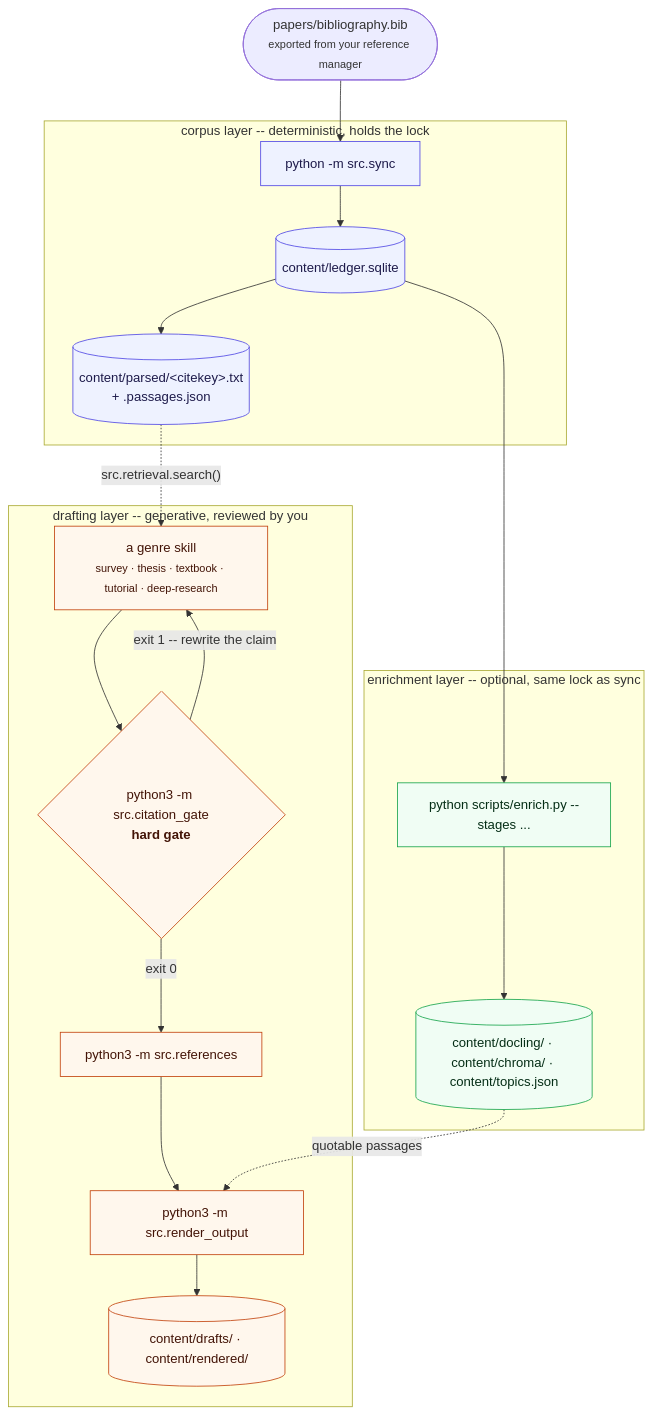
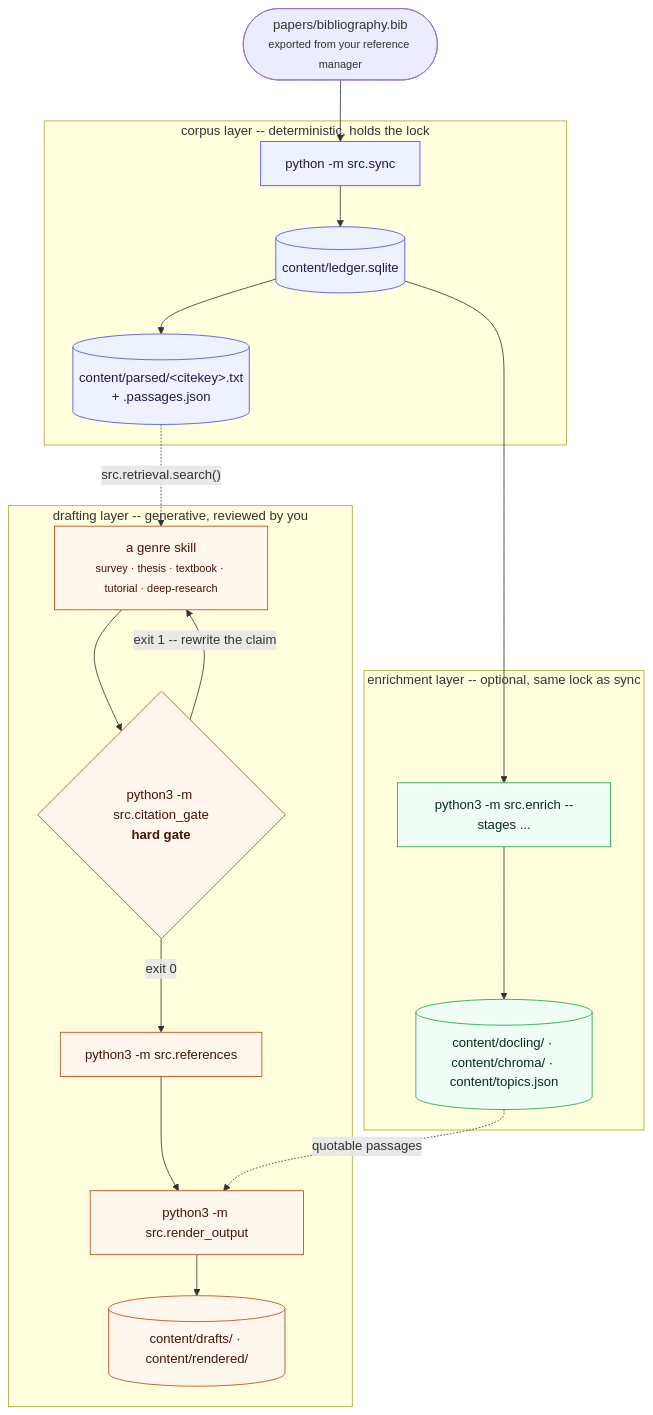
Before and after one commit to prasadtalasila/chitragupta: the second of 3 diagrams in docs/LADDERS.md, drawn with Mermaid. The commit also changed other lines of this file and 72 other files, not shown here.

````diff
--- a/docs/LADDERS.md
+++ b/docs/LADDERS.md
@@ -150,40 +150,40 @@
 ```mermaid
 flowchart TB
 
   BIB(["papers/bibliography.bib<br/><small>exported from your reference manager</small>"])
 
   subgraph CORPUS["corpus layer -- deterministic, holds the lock"]
     SYNC["python -m src.sync"]
     LEDGER[("content/ledger.sqlite")]
     PARSED[("content/parsed/&lt;citekey&gt;.txt<br/>+ .passages.json")]
   end
 
   subgraph DRAFTING["drafting layer -- generative, reviewed by you"]
     SKILL["a genre skill<br/><small>survey · thesis · textbook · tutorial · deep-research</small>"]
     GATE{"python3 -m src.citation_gate<br/><b>hard gate</b>"}
     REFS["python3 -m src.references"]
     RENDER["python3 -m src.render_output"]
     DRAFT[("content/drafts/ · content/rendered/")]
   end
 
   subgraph ENRICH["enrichment layer -- optional, same lock as sync"]
-    ENR["python scripts/enrich.py --stages ..."]
+    ENR["python3 -m src.enrich --stages ..."]
     ART[("content/docling/ · content/chroma/ · content/topics.json")]
   end
 
   BIB --> SYNC --> LEDGER --> PARSED
   PARSED -.->|"src.retrieval.search()"| SKILL
   SKILL --> GATE
   GATE -->|"exit 1 -- rewrite the claim"| SKILL
   GATE -->|"exit 0"| REFS --> RENDER --> DRAFT
   LEDGER --> ENR
   ENR --> ART
   ART -.->|"quotable passages"| RENDER
 
   classDef corpus fill:#eef2ff,stroke:#4f46e5,color:#1e1b4b
   classDef draft fill:#fff7ed,stroke:#c2410c,color:#431407
   classDef enrich fill:#f0fdf4,stroke:#16a34a,color:#052e16
   class SYNC,LEDGER,PARSED corpus
   class SKILL,GATE,REFS,RENDER,DRAFT draft
   class ENR,ART enrich
 ```
````
